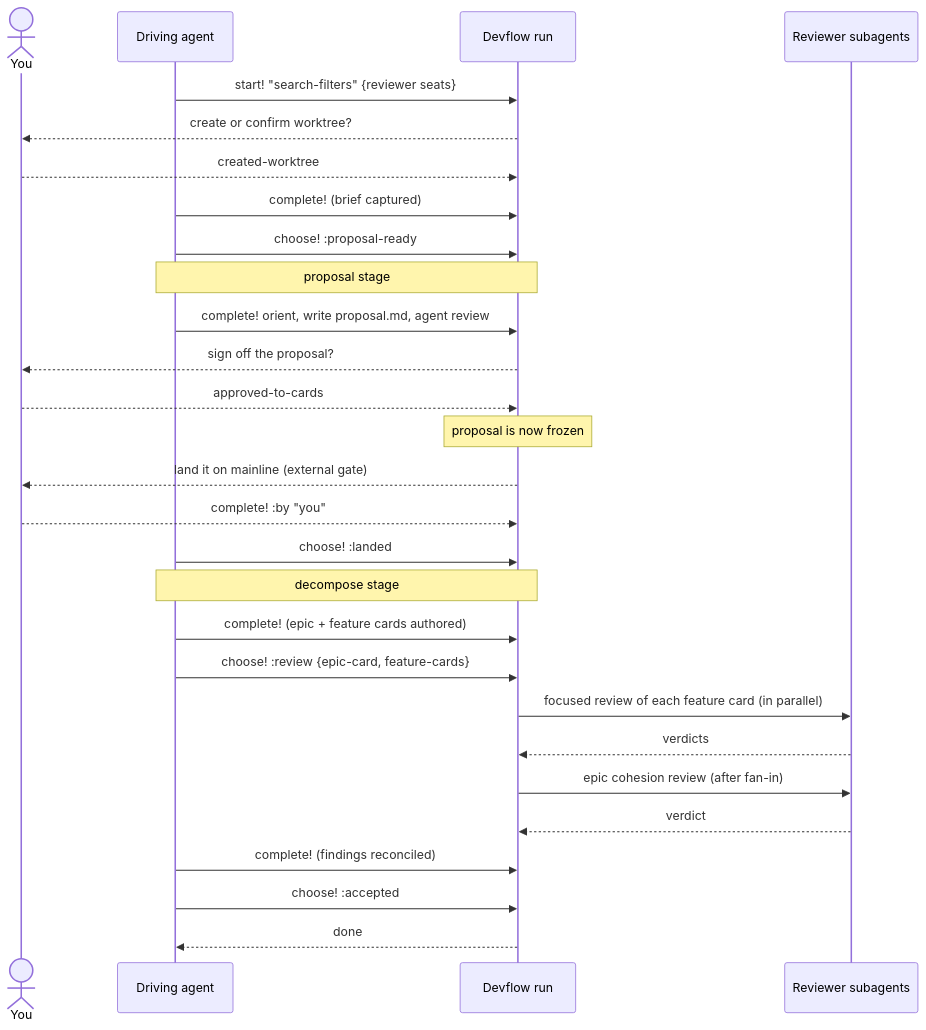
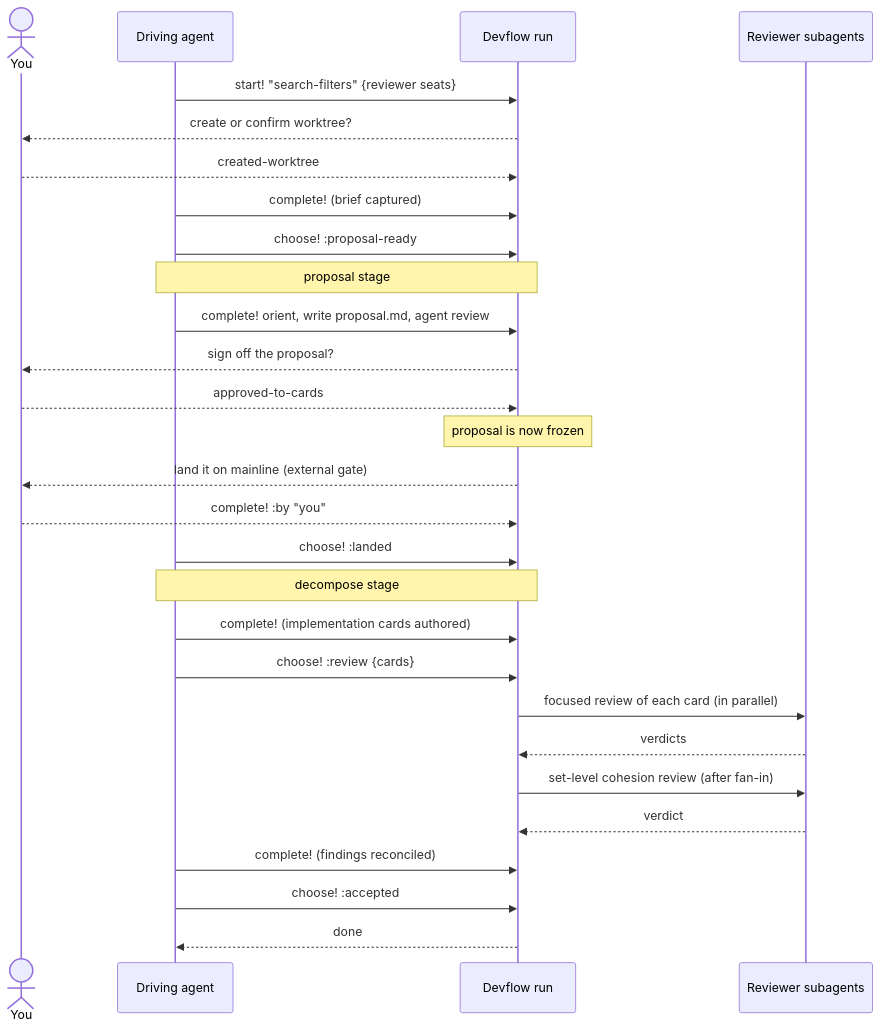
The second of 4 diagrams in devflow.md (codethread/devflow.spool), drawn with Mermaid before and after one commit. The commit also changed other lines of this file and 14 other files, not shown here.

First line of the commit message:
Make card review structure-agnostic; ship the kanban adapter root

````diff
--- a/devflow.md
+++ b/devflow.md
@@ -142,35 +142,35 @@
 ```mermaid
 sequenceDiagram
   actor You
   participant Agent as Driving agent
   participant Run as Devflow run
   participant Subs as Reviewer subagents
 
   Agent->>Run: start! "search-filters" {reviewer seats}
   Run-->>You: create or confirm worktree?
   You-->>Run: created-worktree
   Agent->>Run: complete! (brief captured)
   Agent->>Run: choose! :proposal-ready
 
   Note over Agent,Run: proposal stage
   Agent->>Run: complete! orient, write proposal.md, agent review
   Run-->>You: sign off the proposal?
   You-->>Run: approved-to-cards
 
   Note over Run: proposal is now frozen
   Run-->>You: land it on mainline (external gate)
   You-->>Run: complete! :by "you"
   Agent->>Run: choose! :landed
 
   Note over Agent,Run: decompose stage
-  Agent->>Run: complete! (epic + feature cards authored)
-  Agent->>Run: choose! :review {epic-card, feature-cards}
+  Agent->>Run: complete! (implementation cards authored)
+  Agent->>Run: choose! :review {cards}
 
-  Run->>Subs: focused review of each feature card (in parallel)
+  Run->>Subs: focused review of each card (in parallel)
   Subs-->>Run: verdicts
-  Run->>Subs: epic cohesion review (after fan-in)
+  Run->>Subs: set-level cohesion review (after fan-in)
   Subs-->>Run: verdict
   Agent->>Run: complete! (findings reconciled)
   Agent->>Run: choose! :accepted
   Run-->>Agent: done
 ```
````
